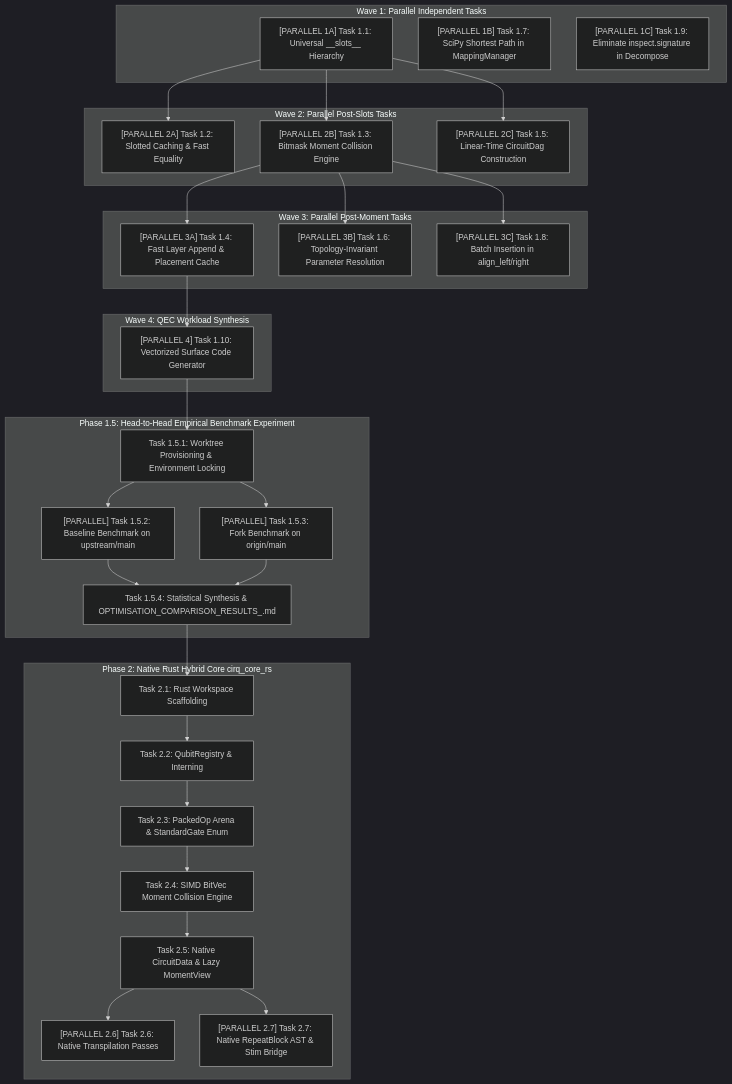
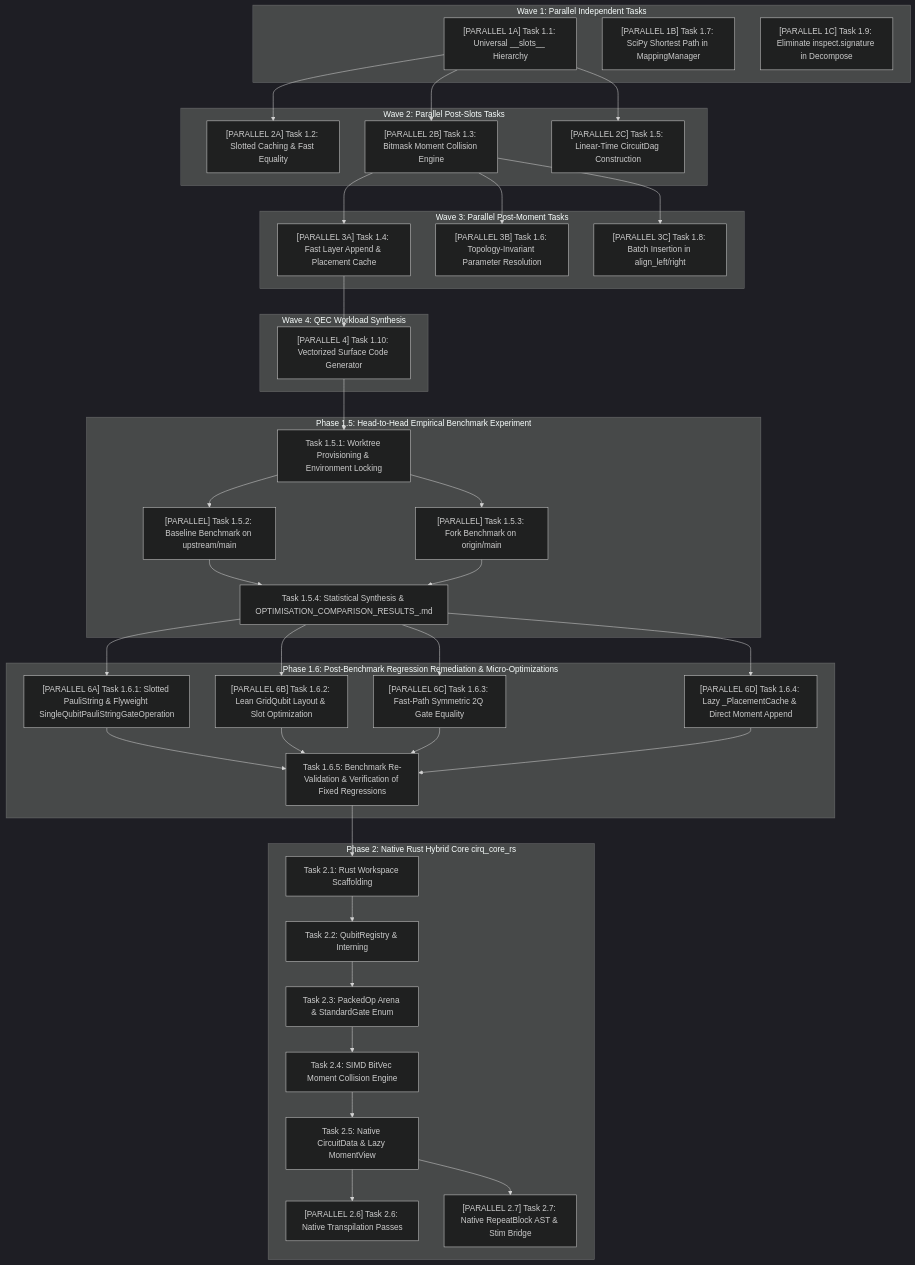
The diagram in TASKS.md (akushnarov/Cirq), drawn with Mermaid (dark theme) before and after one commit. The commit also changed other lines of this file and 1 other file, not shown here.

Commit message:
docs: add Phase 1.6 regression remediation plan and tasks to TASKS.md

````diff
--- a/TASKS.md
+++ b/TASKS.md
@@ -157,56 +162,73 @@
 ```mermaid
 graph TD
     subgraph "Wave 1: Parallel Independent Tasks"
         T1_1["[PARALLEL 1A] Task 1.1: Universal __slots__ Hierarchy"]
         T1_7["[PARALLEL 1B] Task 1.7: SciPy Shortest Path in MappingManager"]
         T1_9["[PARALLEL 1C] Task 1.9: Eliminate inspect.signature in Decompose"]
     end
 
     subgraph "Wave 2: Parallel Post-Slots Tasks"
         T1_2["[PARALLEL 2A] Task 1.2: Slotted Caching & Fast Equality"]
         T1_3["[PARALLEL 2B] Task 1.3: Bitmask Moment Collision Engine"]
         T1_5["[PARALLEL 2C] Task 1.5: Linear-Time CircuitDag Construction"]
     end
 
     subgraph "Wave 3: Parallel Post-Moment Tasks"
         T1_4["[PARALLEL 3A] Task 1.4: Fast Layer Append & Placement Cache"]
         T1_6["[PARALLEL 3B] Task 1.6: Topology-Invariant Parameter Resolution"]
         T1_8["[PARALLEL 3C] Task 1.8: Batch Insertion in align_left/right"]
     end
 
     subgraph "Wave 4: QEC Workload Synthesis"
         T1_10["[PARALLEL 4] Task 1.10: Vectorized Surface Code Generator"]
     end
 
     T1_1 --> T1_2
     T1_1 --> T1_3
     T1_1 --> T1_5
     T1_3 --> T1_4
     T1_3 --> T1_6
     T1_3 --> T1_8
     T1_4 --> T1_10
 
     subgraph "Phase 1.5: Head-to-Head Empirical Benchmark Experiment"
         T1_5_1["Task 1.5.1: Worktree Provisioning & Environment Locking"]
         T1_5_2["[PARALLEL] Task 1.5.2: Baseline Benchmark on upstream/main"]
         T1_5_3["[PARALLEL] Task 1.5.3: Fork Benchmark on origin/main"]
         T1_5_4["Task 1.5.4: Statistical Synthesis & OPTIMISATION_COMPARISON_RESULTS_<DATE-TIME>.md"]
     end
 
     T1_10 --> T1_5_1
     T1_5_1 --> T1_5_2
     T1_5_1 --> T1_5_3
     T1_5_2 --> T1_5_4
     T1_5_3 --> T1_5_4
 
+    subgraph "Phase 1.6: Post-Benchmark Regression Remediation & Micro-Optimizations"
+        T1_6_1["[PARALLEL 6A] Task 1.6.1: Slotted PauliString & Flyweight SingleQubitPauliStringGateOperation"]
+        T1_6_2["[PARALLEL 6B] Task 1.6.2: Lean GridQubit Layout & Slot Optimization"]
+        T1_6_3["[PARALLEL 6C] Task 1.6.3: Fast-Path Symmetric 2Q Gate Equality"]
+        T1_6_4["[PARALLEL 6D] Task 1.6.4: Lazy _PlacementCache & Direct Moment Append"]
+        T1_6_5["Task 1.6.5: Benchmark Re-Validation & Verification of Fixed Regressions"]
+    end
+
+    T1_5_4 --> T1_6_1
+    T1_5_4 --> T1_6_2
+    T1_5_4 --> T1_6_3
+    T1_5_4 --> T1_6_4
+    T1_6_1 --> T1_6_5
+    T1_6_2 --> T1_6_5
+    T1_6_3 --> T1_6_5
+    T1_6_4 --> T1_6_5
+
     subgraph "Phase 2: Native Rust Hybrid Core cirq_core_rs"
         T2_1[Task 2.1: Rust Workspace Scaffolding] --> T2_2[Task 2.2: QubitRegistry & Interning]
         T2_2 --> T2_3[Task 2.3: PackedOp Arena & StandardGate Enum]
         T2_3 --> T2_4[Task 2.4: SIMD BitVec Moment Collision Engine]
         T2_4 --> T2_5[Task 2.5: Native CircuitData & Lazy MomentView]
         T2_5 --> T2_6["[PARALLEL 2.6] Task 2.6: Native Transpilation Passes"]
         T2_5 --> T2_7["[PARALLEL 2.7] Task 2.7: Native RepeatBlock AST & Stim Bridge"]
     end
 
-    T1_5_4 --> T2_1
+    T1_6_5 --> T2_1
 ```
````
